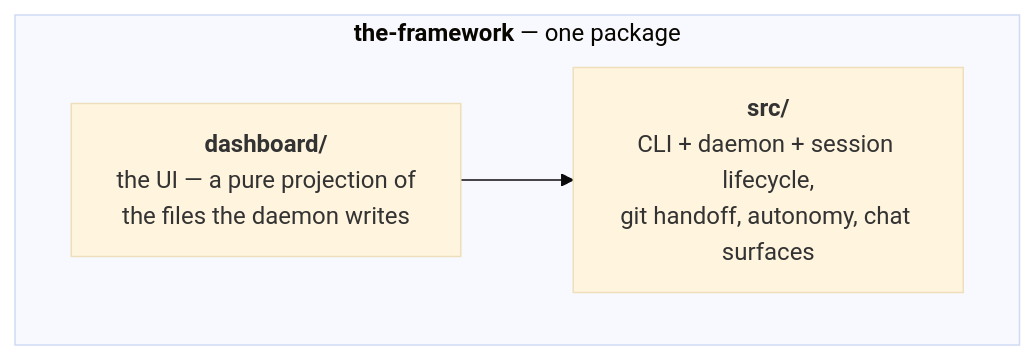
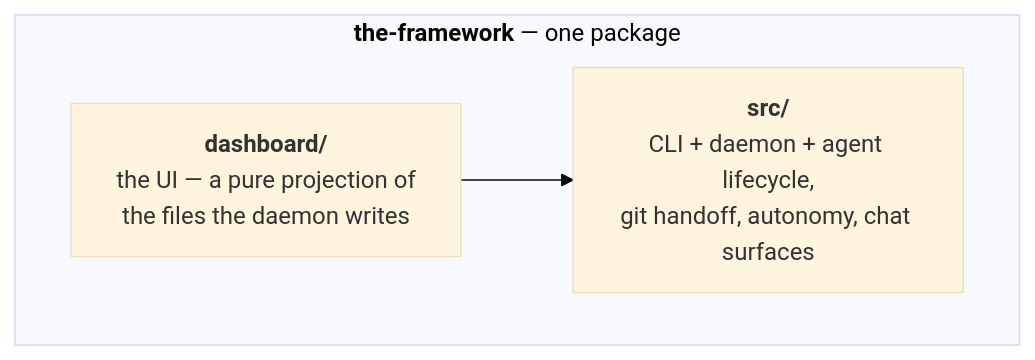
The diagram in SPEC.md (framework/the-framework), drawn with Mermaid (base theme) before and after one commit. The commit also changed other lines of this file and 20 other files, not shown here.

````diff
--- a/SPEC.md
+++ b/SPEC.md
@@ -11,8 +11,8 @@
 ```mermaid
 graph TD
     subgraph product["<b>the-framework</b> — one package"]
         dash["<b>dashboard/</b><br/>the UI — a pure projection of<br/>the files the daemon writes"]
-        core["<b>src/</b><br/>CLI + daemon + session lifecycle,<br/>git handoff, autonomy, chat surfaces"]
+        core["<b>src/</b><br/>CLI + daemon + agent lifecycle,<br/>git handoff, autonomy, chat surfaces"]
         dash --> core
     end
 ```
````
